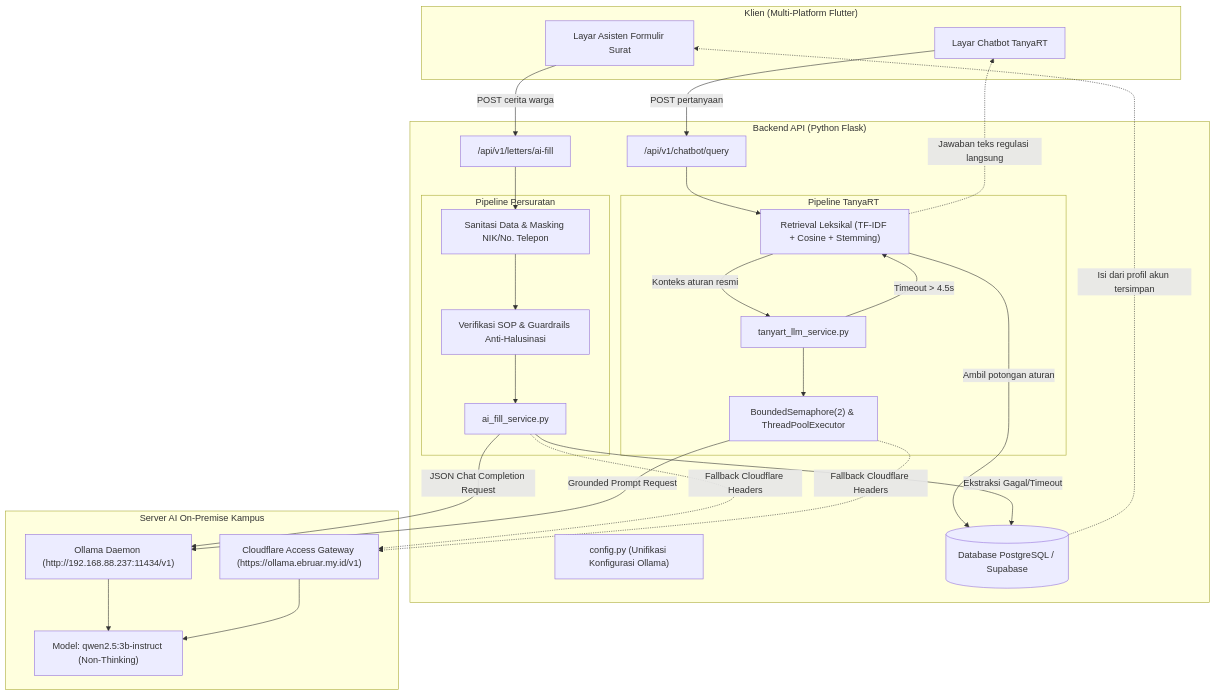
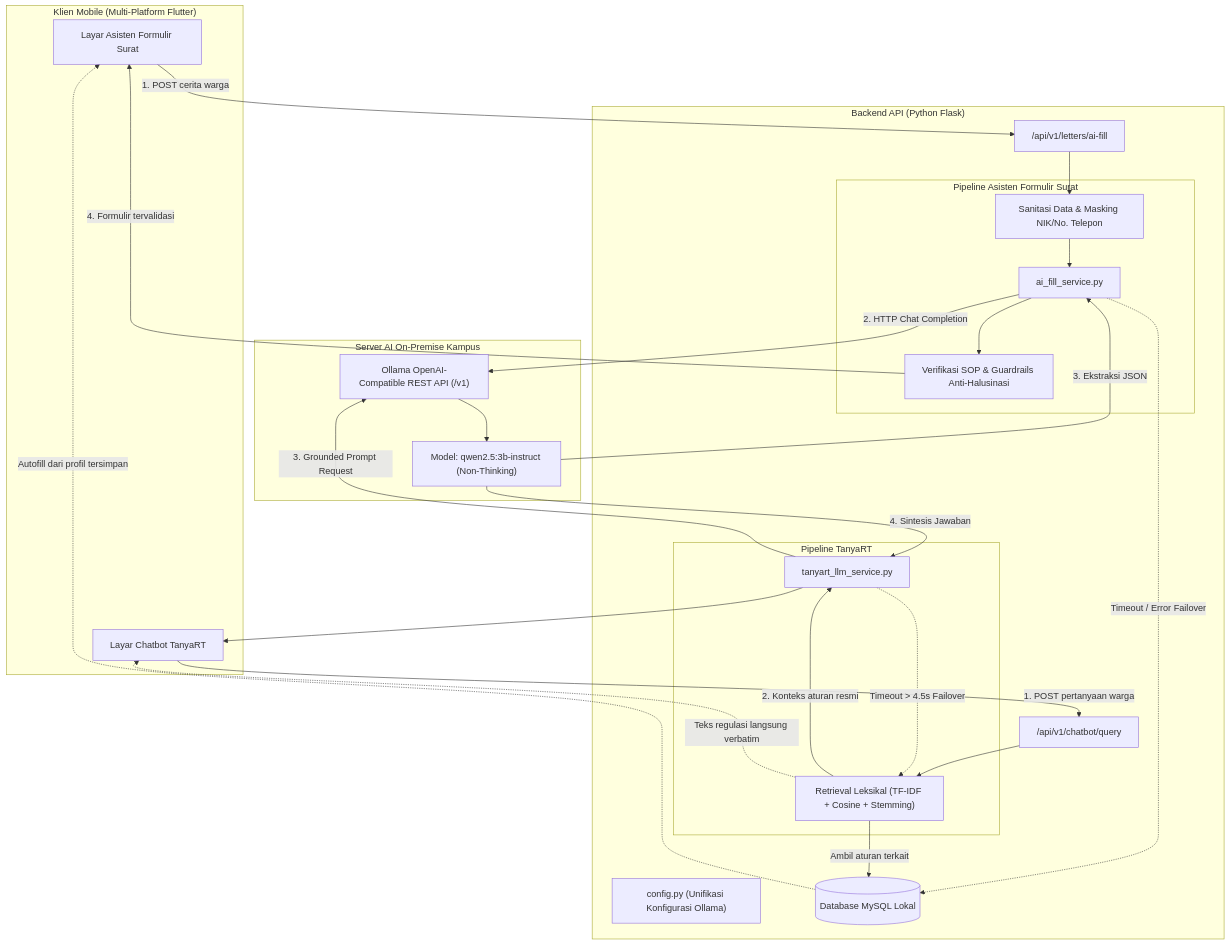
One commit to AgilePemdigi-2026/RTConnect changed the first of 2 diagrams in docs/designs/migrasi_llm_ollama.md. Above: the diagram before and after it, drawn with Mermaid. The commit also changed other lines of this file and 7 other files, not shown here.

````diff
--- a/docs/designs/migrasi_llm_ollama.md
+++ b/docs/designs/migrasi_llm_ollama.md
@@ -70,57 +78,54 @@
 ```mermaid
 flowchart TD
-  subgraph Klien["Klien (Multi-Platform Flutter)"]
+  subgraph Klien["Klien Mobile (Multi-Platform Flutter)"]
     UI_Form["Layar Asisten Formulir Surat"]
     UI_Tanya["Layar Chatbot TanyaRT"]
   end
 
   subgraph Backend["Backend API (Python Flask)"]
     Route_Letter["/api/v1/letters/ai-fill"]
     Route_Chat["/api/v1/chatbot/query"]
     
-    subgraph Pipeline_Surat["Pipeline Persuratan"]
+    subgraph Pipeline_Persuratan["Pipeline Asisten Formulir Surat"]
       Masker["Sanitasi Data & Masking NIK/No. Telepon"]
+      Service_Fill["ai_fill_service.py"]
       Guard_SOP["Verifikasi SOP & Guardrails Anti-Halusinasi"]
-      Service_Fill["ai_fill_service.py"]
     end
 
     subgraph Pipeline_TanyaRT["Pipeline TanyaRT"]
       RAG_Lexical["Retrieval Leksikal (TF-IDF + Cosine + Stemming)"]
       Service_Tanya["tanyart_llm_service.py"]
-      Semaphore_Throttling["BoundedSemaphore(2) & ThreadPoolExecutor"]
     end
 
     Config_Module["config.py (Unifikasi Konfigurasi Ollama)"]
-    Local_DB[("Database PostgreSQL / Supabase")]
+    Local_MySQL[("Database MySQL Lokal")]
   end
 
   subgraph Server_Kampus["Server AI On-Premise Kampus"]
-    Ollama_Direct["Ollama Daemon (http://192.168.88.237:11434/v1)"]
-    Ollama_CF["Cloudflare Access Gateway (https://ollama.ebruar.my.id/v1)"]
+    Ollama_Endpoint["Ollama OpenAI-Compatible REST API (/v1)"]
     Model_Qwen["Model: qwen2.5:3b-instruct (Non-Thinking)"]
   end
 
-  UI_Form -->|POST cerita warga| Route_Letter
+  UI_Form -->|1. POST cerita warga| Route_Letter
   Route_Letter --> Masker
-  Masker --> Guard_SOP
-  Guard_SOP --> Service_Fill
+  Masker --> Service_Fill
+  Service_Fill -->|2. HTTP Chat Completion| Ollama_Endpoint
+  Ollama_Endpoint --> Model_Qwen
+  Model_Qwen -->|3. Ekstraksi JSON| Service_Fill
+  Service_Fill --> Guard_SOP
+  Guard_SOP -->|4. Formulir tervalidasi| UI_Form
 
-  UI_Tanya -->|POST pertanyaan| Route_Chat
+  Service_Fill -.->|Timeout / Error Failover| Local_MySQL
+  Local_MySQL -.->|Autofill dari profil tersimpan| UI_Form
+
+  UI_Tanya -->|1. POST pertanyaan warga| Route_Chat
   Route_Chat --> RAG_Lexical
-  RAG_Lexical -->|Ambil potongan aturan| Local_DB
-  RAG_Lexical -->|Konteks aturan resmi| Service_Tanya
-  Service_Tanya --> Semaphore_Throttling
+  RAG_Lexical -->|Ambil aturan terkait| Local_MySQL
+  RAG_Lexical -->|2. Konteks aturan resmi| Service_Tanya
+  Service_Tanya -->|3. Grounded Prompt Request| Ollama_Endpoint
+  Model_Qwen -->|4. Sintesis Jawaban| Service_Tanya
+  Service_Tanya --> UI_Tanya
 
-  Service_Fill -->|JSON Chat Completion Request| Ollama_Direct
-  Service_Fill -.->|Fallback Cloudflare Headers| Ollama_CF
-  Semaphore_Throttling -->|Grounded Prompt Request| Ollama_Direct
-  Semaphore_Throttling -.->|Fallback Cloudflare Headers| Ollama_CF
-
-  Ollama_Direct --> Model_Qwen
-  Ollama_CF --> Model_Qwen
-
-  Service_Fill -->|Ekstraksi Gagal/Timeout| Local_DB
-  Local_DB -.->|Isi dari profil akun tersimpan| UI_Form
-  Service_Tanya -->|Timeout > 4.5s| RAG_Lexical
-  RAG_Lexical -.->|Jawaban teks regulasi langsung| UI_Tanya
+  Service_Tanya -.->|Timeout > 4.5s Failover| RAG_Lexical
+  RAG_Lexical -.->|Teks regulasi langsung verbatim| UI_Tanya
 ```
````
